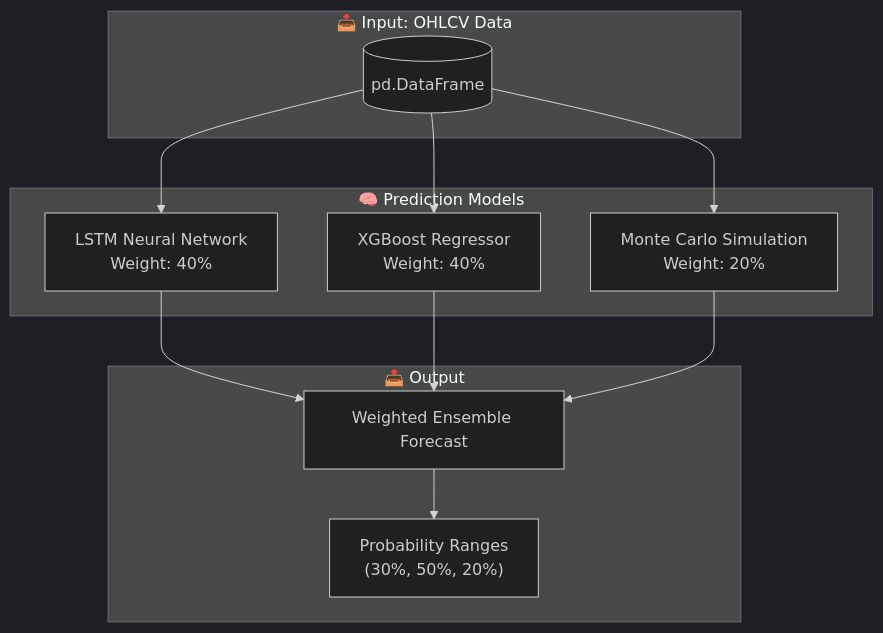
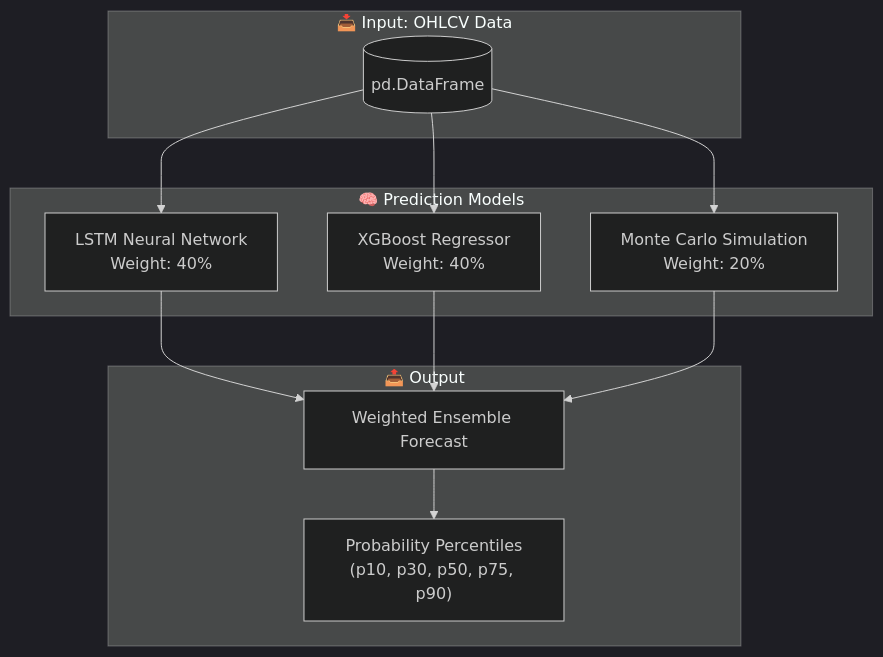
Before and after one commit to snatesa1/gcp-slack-agent-cloud: the third of 4 diagrams in README.md, drawn with Mermaid (dark theme). The commit also changed other lines of this file and 3 other files, not shown here.

````diff
--- a/README.md
+++ b/README.md
@@ -217,25 +217,25 @@
 ```mermaid
 flowchart TB
     subgraph Data["📥 Input: OHLCV Data"]
         DF[("pd.DataFrame")]
     end
 
     subgraph Models["🧠 Prediction Models"]
         LSTM["LSTM Neural Network<br/>Weight: 40%"]
         XGB["XGBoost Regressor<br/>Weight: 40%"]
         MC["Monte Carlo Simulation<br/>Weight: 20%"]
     end
 
     subgraph Output["📤 Output"]
         Ensemble["Weighted Ensemble Forecast"]
-        Probs["Probability Ranges<br/>(30%, 50%, 20%)"]
+        Probs["Probability Percentiles<br/>(p10, p30, p50, p75, p90)"]
     end
 
     DF --> LSTM
     DF --> XGB
     DF --> MC
     LSTM --> Ensemble
     XGB --> Ensemble
     MC --> Ensemble
     Ensemble --> Probs
 ```
````
